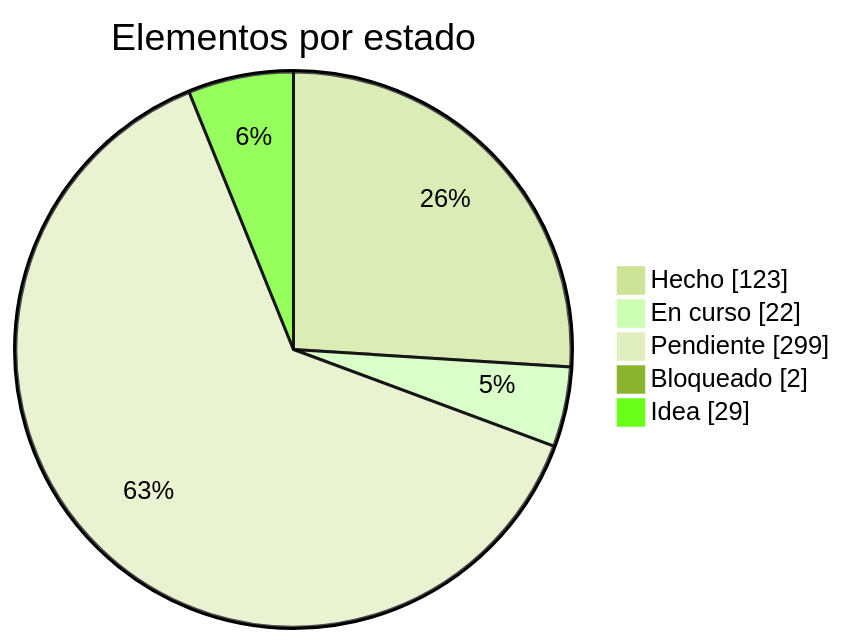
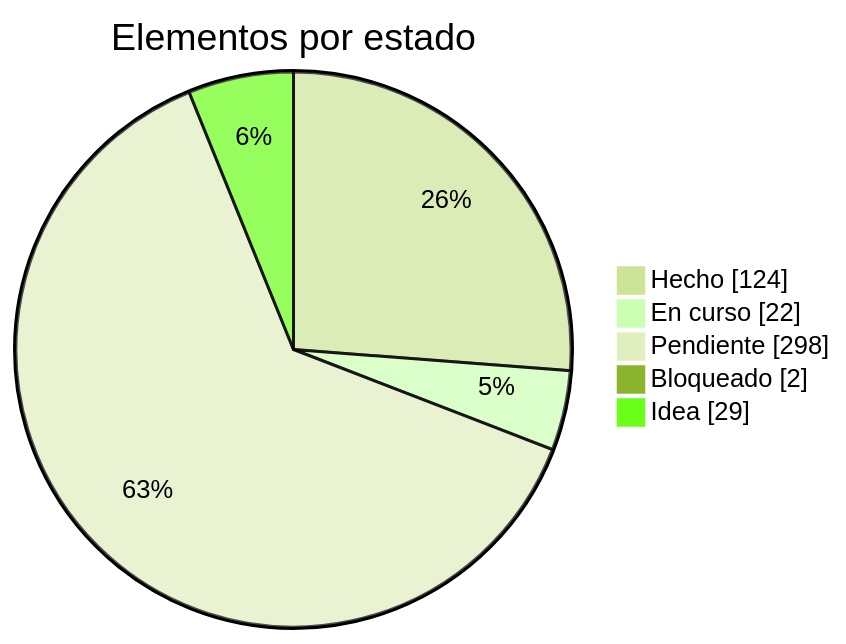
Before and after one commit to dariogea/BM27: the first of 2 diagrams in docs/roadmap.md, drawn with Mermaid (forest theme). The commit also changed other lines of this file and 12 other files, not shown here.

````diff
--- a/docs/roadmap.md
+++ b/docs/roadmap.md
@@ -13,8 +13,8 @@
 ```mermaid
 pie showData title Elementos por estado
-  "Hecho" : 123
+  "Hecho" : 124
   "En curso" : 22
-  "Pendiente" : 299
+  "Pendiente" : 298
   "Bloqueado" : 2
   "Idea" : 29
 ```
````
